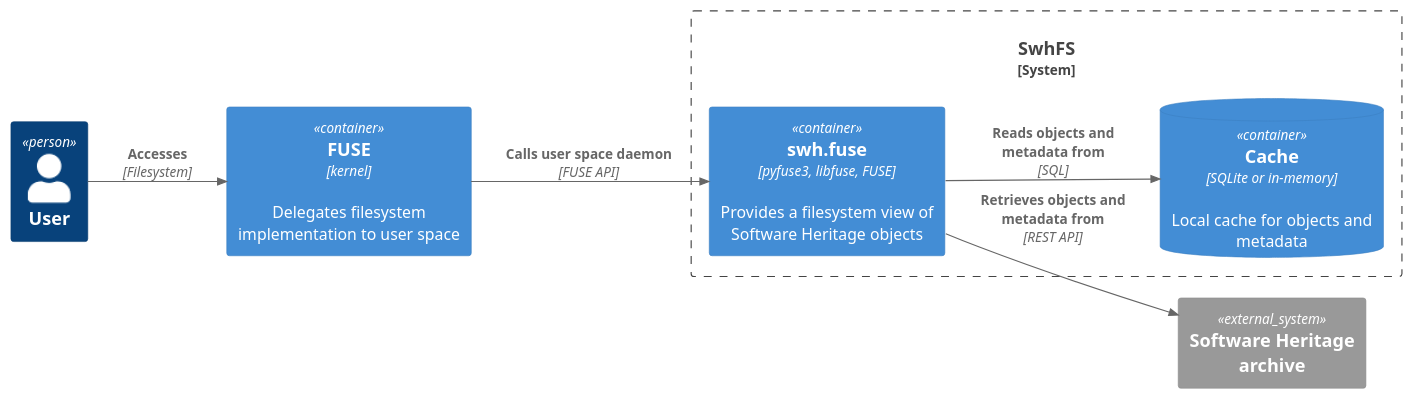
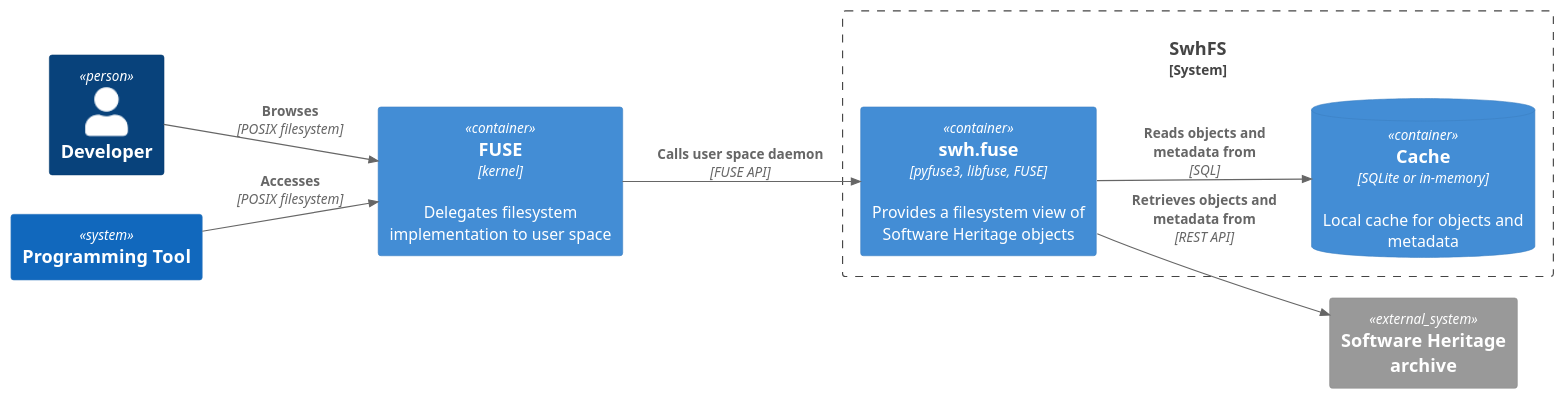
Before and after one commit to SoftwareHeritage/swh-fuse: the diagram in docs/images/arch-container.puml, drawn with PlantUML. The commit also changed 3 other files, not shown here.

Commit message:
arch diagram: separate user/tool

```diff
--- a/docs/images/arch-container.puml
+++ b/docs/images/arch-container.puml
@@ -1,23 +1,25 @@
 @startuml arch-container
 ' !includeurl https://raw.githubusercontent.com/RicardoNiepel/C4-PlantUML/master/C4_Container.puml
 !include c4-plantuml/C4_Container.puml
 
 ' title Container diagram for the Software Heritage virtual filesystem (SwhFS)
 left to right direction
 
-Person(user, "User")
+Person(user, "Developer")
+System(tool, "Programming Tool")
 Container(fuse, "FUSE", "kernel", "Delegates filesystem implementation to user space")
 
 System_Boundary(swhfs_bound, "SwhFS") {
 	Container(swh_fuse, "swh.fuse", "pyfuse3, libfuse, FUSE", "Provides a filesystem view of Software Heritage objects")
 	ContainerDb(cache, "Cache", "SQLite or in-memory", "Local cache for objects and metadata")
 	Rel(swh_fuse, cache, "Reads objects and metadata from", "SQL")
 }
 
 System_Ext(archive, "Software Heritage archive")
 
-Rel(user, fuse, "Accesses", "Filesystem")
+Rel(user, fuse, "Browses", "POSIX filesystem")
+Rel(tool, fuse, "Accesses", "POSIX filesystem")
 Rel(fuse, swh_fuse, "Calls user space daemon", "FUSE API")
 Rel(swh_fuse, archive, "Retrieves objects and metadata from", "REST API")
 
 @enduml
```
